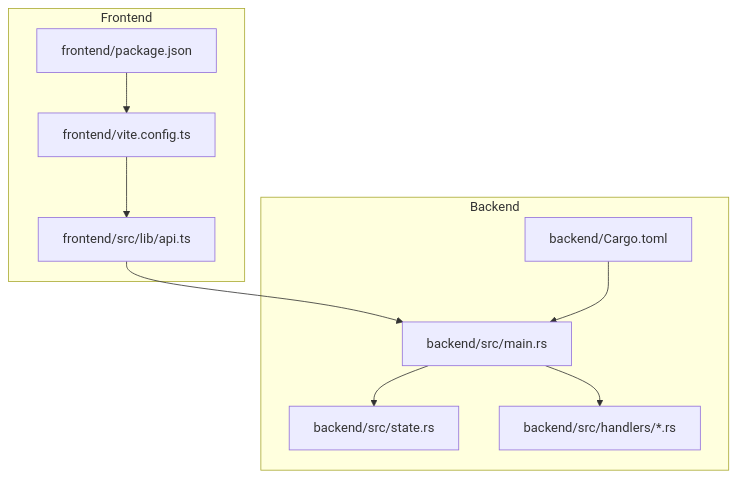
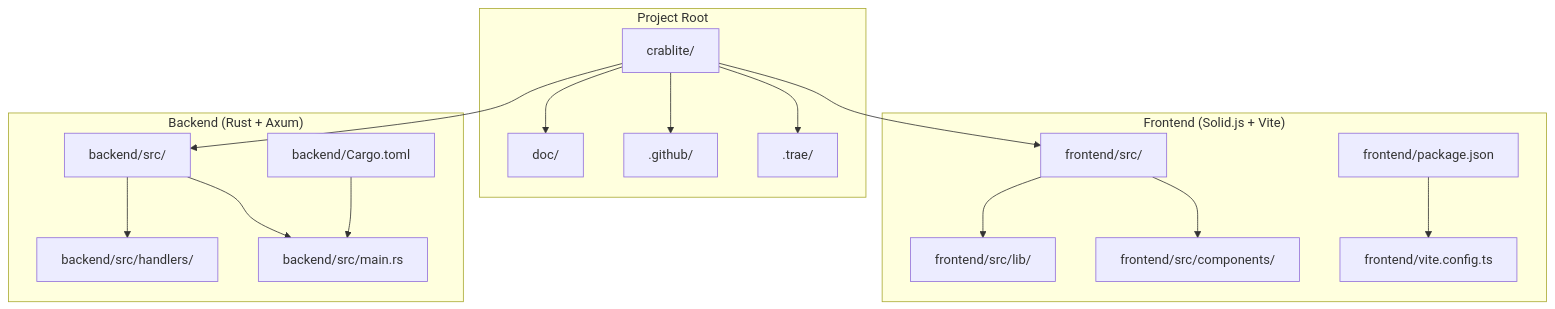
Before and after one commit to sutanto1010/crablite: the first of 3 diagrams in .qoder/repowiki/en/content/Development Workflow.md, drawn with Mermaid. The commit also changed other lines of this file and 7 other files, not shown here.

First line of the commit message:
docs(architecture): update detailed system architecture and documentation

````diff
--- a/.qoder/repowiki/en/content/Development Workflow.md
+++ b/.qoder/repowiki/en/content/Development Workflow.md
@@ -39,20 +80,33 @@
 ```mermaid
 graph TB
-subgraph "Frontend"
-FE_Package["frontend/package.json"]
-FE_Vite["frontend/vite.config.ts"]
-FE_API["frontend/src/lib/api.ts"]
+subgraph "Project Root"
+ROOT["crablite/"]
+DOC["doc/"]
+GITHUB[".github/"]
+TRAE[".trae/"]
 end
-subgraph "Backend"
-BE_Main["backend/src/main.rs"]
-BE_State["backend/src/state.rs"]
-BE_Handlers["backend/src/handlers/*.rs"]
-BE_Cargo["backend/Cargo.toml"]
+subgraph "Frontend (Solid.js + Vite)"
+FE_SRC["frontend/src/"]
+FE_LIB["frontend/src/lib/"]
+FE_COMP["frontend/src/components/"]
+FE_PKG["frontend/package.json"]
+FE_VITE["frontend/vite.config.ts"]
 end
-FE_Package --> FE_Vite
-FE_Vite --> FE_API
-FE_API --> BE_Main
-BE_Main --> BE_State
-BE_Main --> BE_Handlers
-BE_Cargo --> BE_Main
+subgraph "Backend (Rust + Axum)"
+BE_SRC["backend/src/"]
+BE_HANDLERS["backend/src/handlers/"]
+BE_MAIN["backend/src/main.rs"]
+BE_CARGO["backend/Cargo.toml"]
+end
+ROOT --> FE_SRC
+ROOT --> BE_SRC
+ROOT --> DOC
+ROOT --> GITHUB
+ROOT --> TRAE
+FE_SRC --> FE_LIB
+FE_SRC --> FE_COMP
+FE_PKG --> FE_VITE
+BE_SRC --> BE_HANDLERS
+BE_SRC --> BE_MAIN
+BE_CARGO --> BE_MAIN
 ```
````
